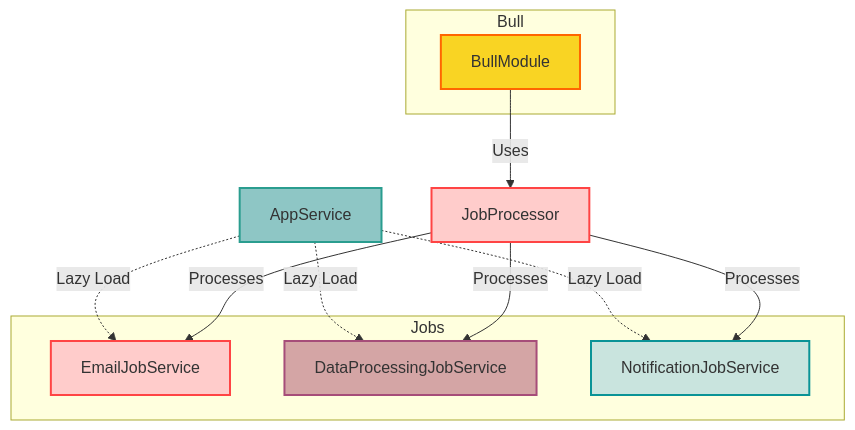
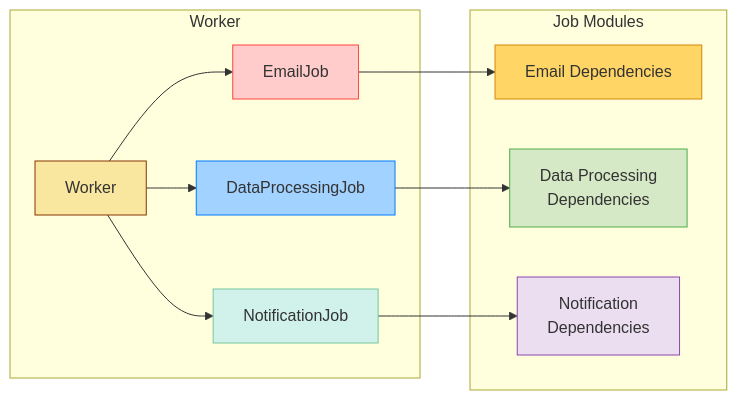
One commit to kelvin-bz/nest-lazy-loading-modules changed the third of 5 diagrams in README.md. Above: the diagram before and after it, drawn with Mermaid. The commit also changed other lines of this file and 4 other files, not shown here.

````diff
--- a/README.md
+++ b/README.md
@@ -60,33 +78,24 @@
 ```mermaid
-graph TD
-    A[AppService] -.->|Lazy Load| B[EmailJobService]
-    A[AppService] -.->|Lazy Load| C[DataProcessingJobService]
-    A[AppService] -.->|Lazy Load| D[NotificationJobService]
+graph LR
+    subgraph Worker
+        A[Worker] --> B[EmailJob]
+        A[Worker] --> C[DataProcessingJob]
+        A[Worker] --> D[NotificationJob]
 
-    A[AppService]
-    style A fill:#8ec6c5,stroke:#2a9d8f,stroke-width:2px
-
-    subgraph Bull
-        E[BullModule]
-        style E fill:#f9d423,stroke:#ff6600,stroke-width:2px
+        style A fill:#f9e79f,stroke:#873600
     end
 
-    F[JobProcessor]
-    style F fill:#ffcccb,stroke:#ff4444,stroke-width:2px
+    subgraph Job Modules
+        B[EmailJob] --> E[Email Dependencies]
+        C[DataProcessingJob] --> F[Data Processing\nDependencies]
+        D[NotificationJob] --> G[Notification\nDependencies]
 
-    subgraph Jobs
-        B[EmailJobService]
-        style B fill:#ffcccb,stroke:#ff4444,stroke-width:2px
-        C[DataProcessingJobService]
-        style C fill:#d4a5a5,stroke:#a64d79,stroke-width:2px
-        D[NotificationJobService]
-        style D fill:#c9e4de,stroke:#0a9396,stroke-width:2px
+        style B fill:#ffcccb,stroke:#ff4444
+        style C fill:#a2d2ff,stroke:#007bff
+        style D fill:#d1f2eb,stroke:#74c69d
+        style E fill:#ffd666,stroke:#d48806
+        style F fill:#d6e9c6,stroke:#4cae4c
+        style G fill:#ebdef0,stroke:#8e44ad
     end
 
-    E -->|Uses| F
-    F -->|Processes| B
-    F -->|Processes| C
-    F -->|Processes| D
-
-
 ```
````
